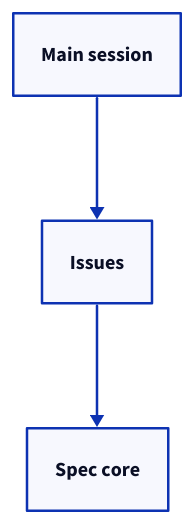
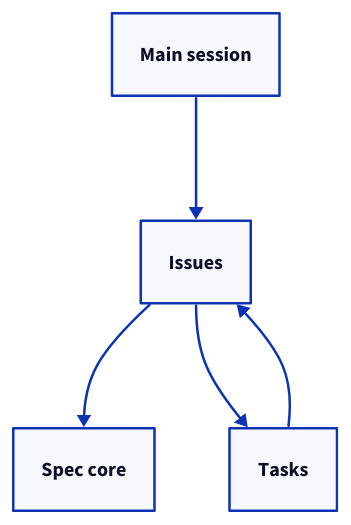
One commit to FTOD/concorde changed the first of 4 diagrams in specs/concorde/issues/module.md. Above: the diagram before and after it, drawn with D2. The commit also changed other lines of this file and 43 other files, not shown here.

````diff
--- a/specs/concorde/issues/module.md
+++ b/specs/concorde/issues/module.md
@@ -56,7 +81,10 @@
 ```d2
 issues: Issues
 core: Spec core
+tasks: Tasks
 session: Main session
 issues -> core
+issues -> tasks
+tasks -> issues
 session -> issues
 ```
````
